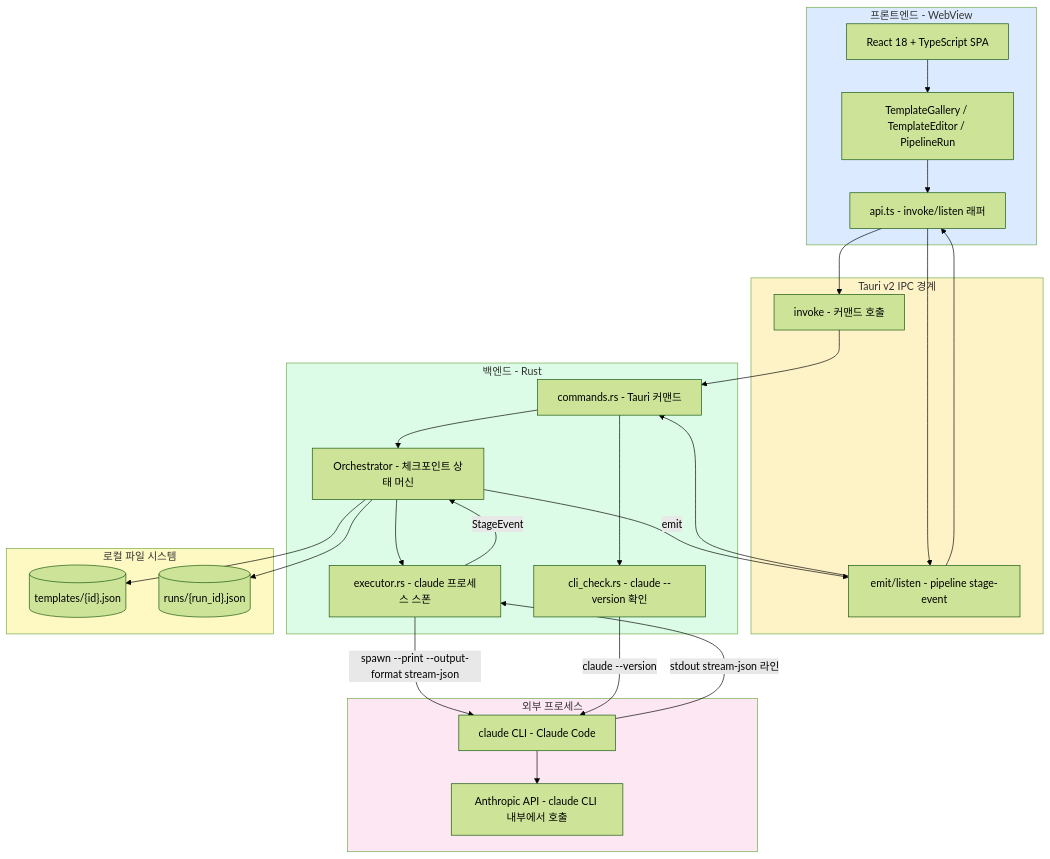
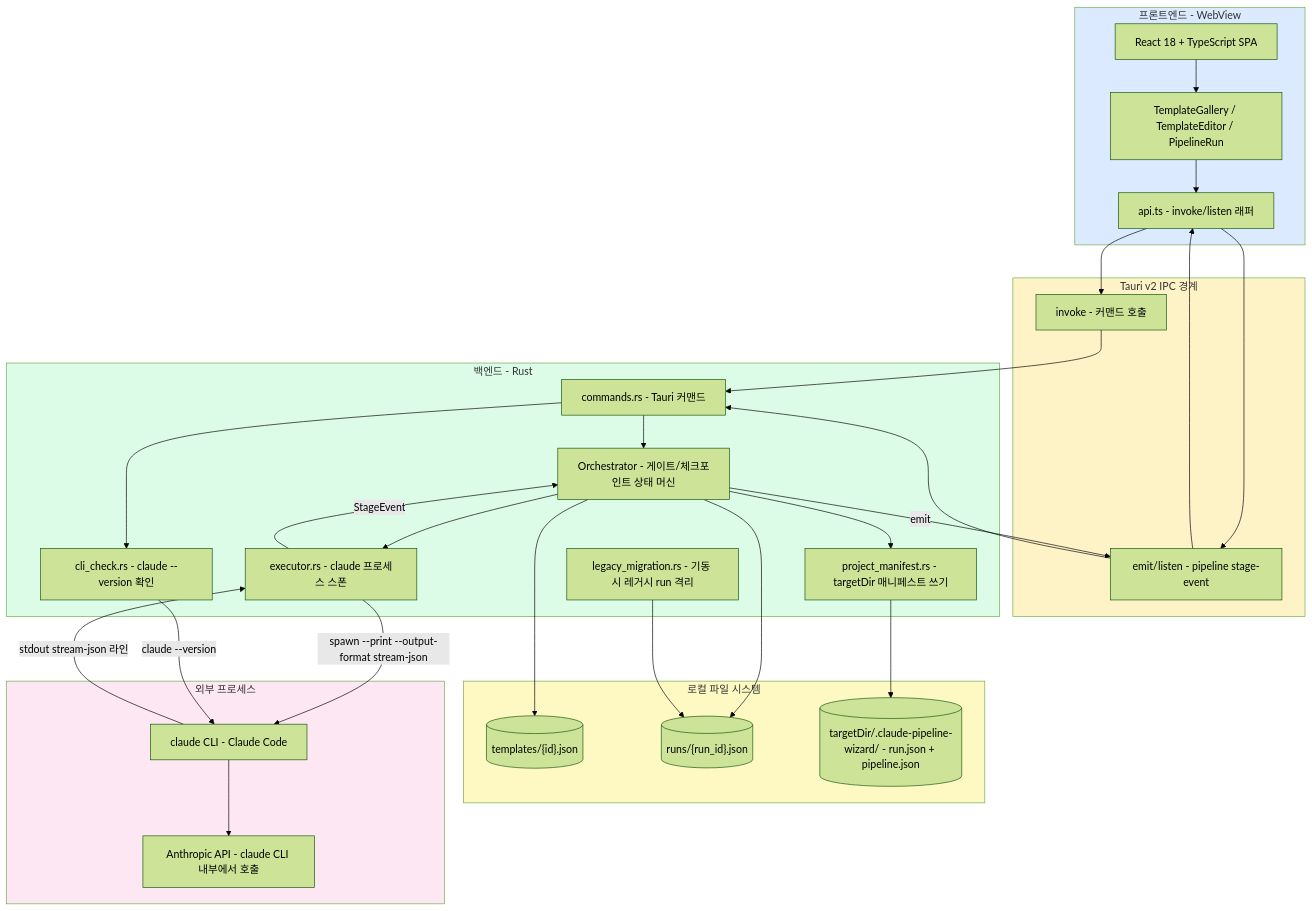
Before and after one commit to suhwanju-ai/ClaudeCodeWizard: the first of 2 diagrams in documents/system-architecture.md, drawn with Mermaid (forest theme). The commit also changed other lines of this file and 9 other files, not shown here.

````diff
--- a/documents/system-architecture.md
+++ b/documents/system-architecture.md
@@ -26,57 +26,63 @@
 ```mermaid
 graph TD
     subgraph Frontend["프론트엔드 - WebView"]
         React["React 18 + TypeScript SPA"]
         Pages["TemplateGallery / TemplateEditor / PipelineRun"]
         ApiTs["api.ts - invoke/listen 래퍼"]
     end
 
     subgraph IPC["Tauri v2 IPC 경계"]
         Invoke["invoke - 커맨드 호출"]
         Events["emit/listen - pipeline stage-event"]
     end
 
     subgraph Backend["백엔드 - Rust"]
         Commands["commands.rs - Tauri 커맨드"]
-        Orchestrator["Orchestrator - 체크포인트 상태 머신"]
+        Orchestrator["Orchestrator - 게이트/체크포인트 상태 머신"]
         Executor["executor.rs - claude 프로세스 스폰"]
+        Manifest["project_manifest.rs - targetDir 매니페스트 쓰기"]
+        Legacy["legacy_migration.rs - 기동 시 레거시 run 격리"]
         CliCheck["cli_check.rs - claude --version 확인"]
     end
 
     subgraph Storage["로컬 파일 시스템"]
         TemplatesJson[("templates/{id}.json")]
         RunsJson[("runs/{run_id}.json")]
+        ManifestJson[("targetDir/.claude-pipeline-wizard/ - run.json + pipeline.json")]
     end
 
     subgraph External["외부 프로세스"]
         ClaudeCli["claude CLI - Claude Code"]
         AnthropicApi["Anthropic API - claude CLI 내부에서 호출"]
     end
 
     React --> Pages --> ApiTs
     ApiTs --> Invoke
     ApiTs --> Events
     Invoke --> Commands
     Events --> Commands
 
     Commands --> Orchestrator
     Commands --> CliCheck
     Orchestrator --> Executor
     Orchestrator --> TemplatesJson
     Orchestrator --> RunsJson
+    Orchestrator --> Manifest
+    Manifest --> ManifestJson
+    Legacy --> RunsJson
 
     Executor -->|"spawn --print --output-format stream-json"| ClaudeCli
     CliCheck -->|"claude --version"| ClaudeCli
     ClaudeCli --> AnthropicApi
 
     ClaudeCli -->|"stdout stream-json 라인"| Executor
     Executor -->|"StageEvent"| Orchestrator
     Orchestrator -->|"emit"| Events
     Events --> ApiTs
 
     style Frontend fill:#dbeafe
     style IPC fill:#fef3c7
     style Backend fill:#dcfce7
     style Storage fill:#fef9c3
     style External fill:#fce7f3
 ```
````
